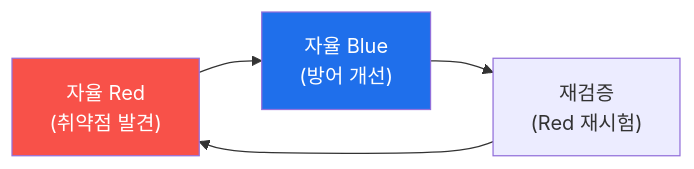
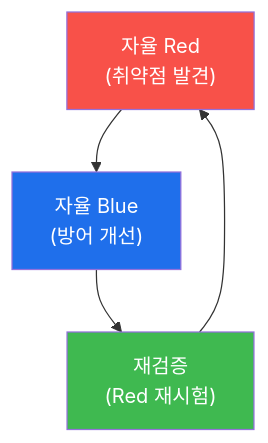
One commit to mrgrit/tw2 changed the diagram in contents/training/autonomous-security/lecture_week15.md. Above: the diagram before and after it, drawn with Mermaid. The commit also changed other lines of this file and 2 other files, not shown here.

````diff
--- a/contents/training/autonomous-security/lecture_week15.md
+++ b/contents/training/autonomous-security/lecture_week15.md
@@ -50,8 +53,9 @@
 ```mermaid
-graph LR
+graph TD
     R["자율 Red<br/>(취약점 발견)"] --> B["자율 Blue<br/>(방어 개선)"]
     B --> V["재검증<br/>(Red 재시험)"]
     V --> R
     style R fill:#f85149,color:#fff
     style B fill:#1f6feb,color:#fff
+    style V fill:#3fb950,color:#fff
 ```
````
